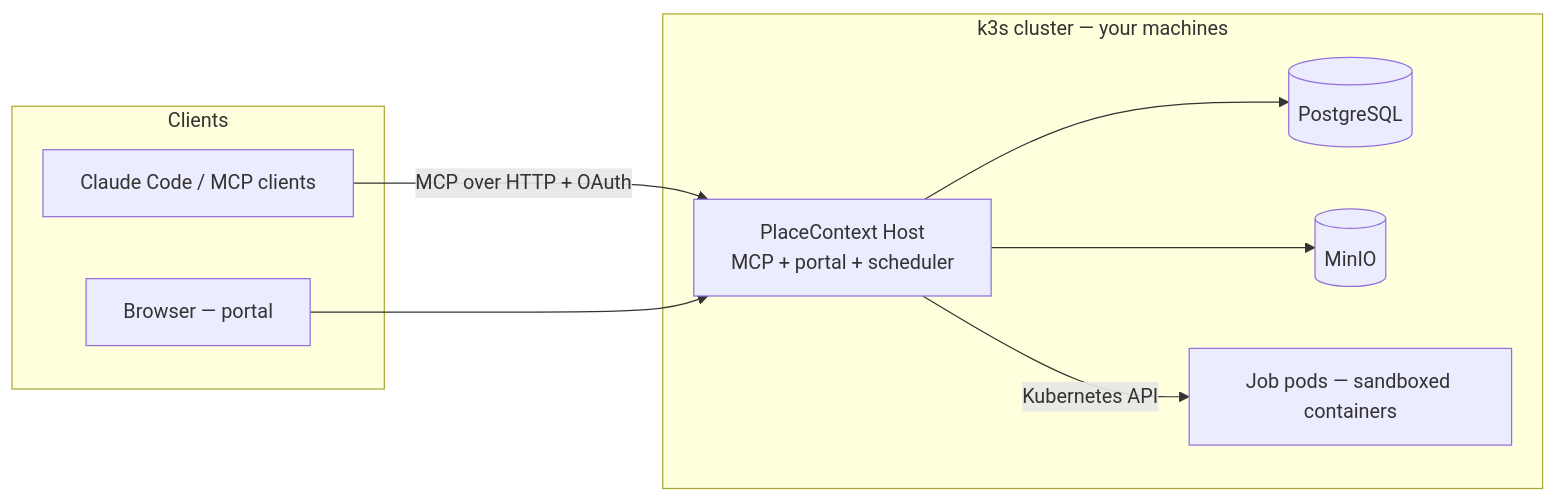
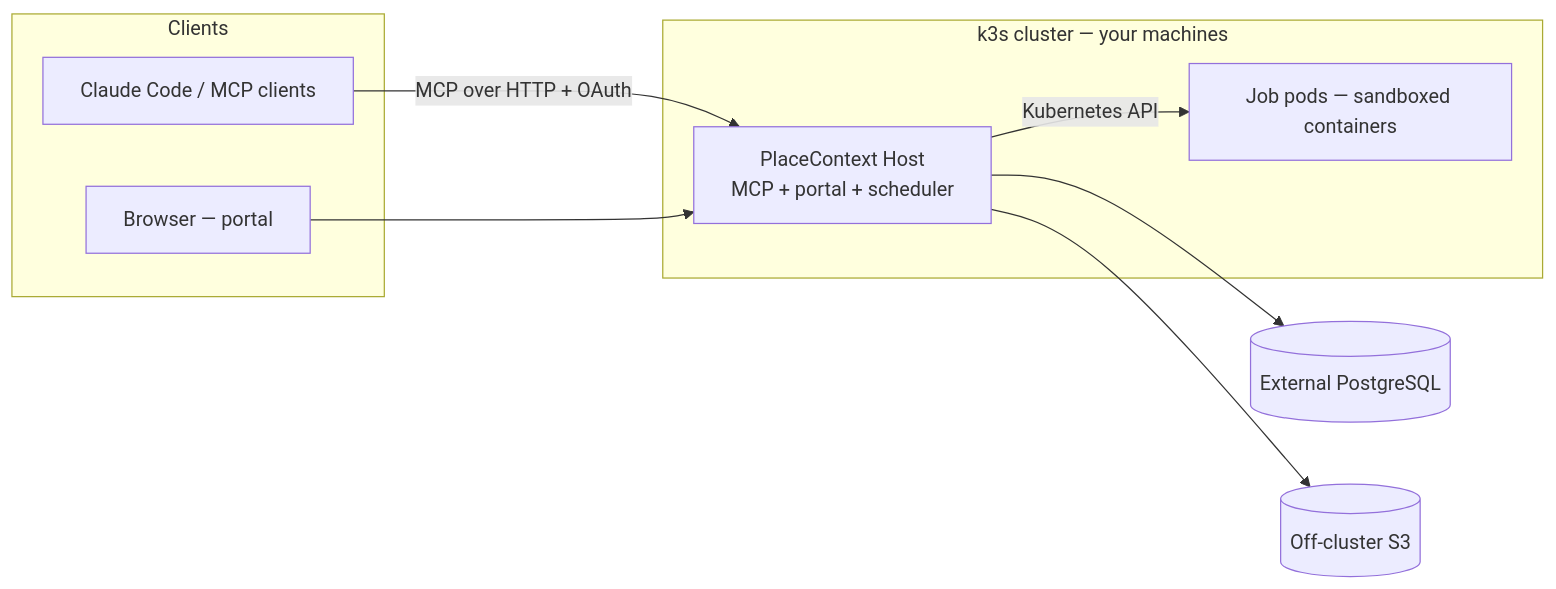
The second of 2 diagrams in README.md (bradlnz/placecontext), drawn with Mermaid before and after one commit. The commit also changed other lines of this file and 26 other files, not shown here.

````diff
--- a/README.md
+++ b/README.md
@@ -104,18 +103,18 @@
 ```mermaid
 flowchart LR
     subgraph clients [Clients]
         CC[Claude Code / MCP clients]
         B[Browser — portal]
     end
     subgraph cluster [k3s cluster — your machines]
         H[PlaceContext Host<br/>MCP + portal + scheduler]
-        P[(PostgreSQL)]
-        O[(MinIO)]
         J[Job pods — sandboxed containers]
     end
+    P[(External PostgreSQL)]
+    O[(Off-cluster S3)]
     CC -- "MCP over HTTP + OAuth" --> H
     B --> H
     H --> P
     H --> O
     H -- Kubernetes API --> J
 ```
````
